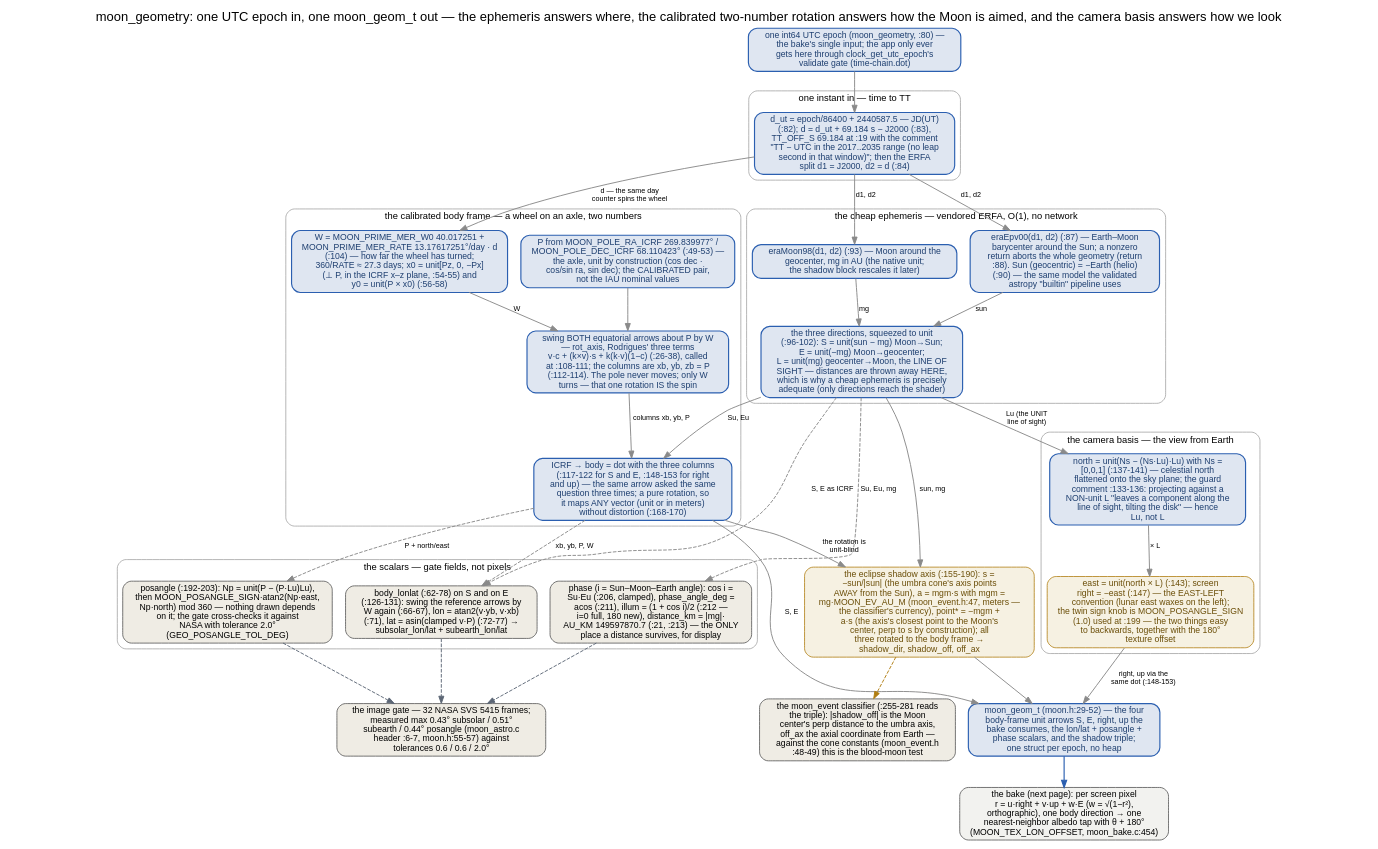
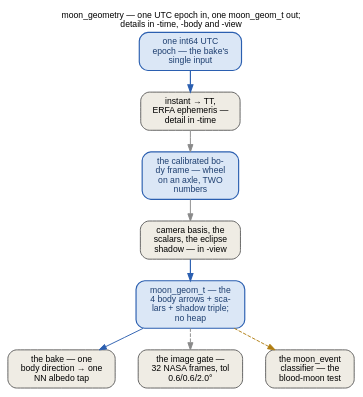
The diagram in docs/_graphs/geometry-chain.dot (ukos-git/moon-clock-esp), drawn with Graphviz before and after one commit. The commit also changed 36 other files, not shown here.

First line of the commit message:
docs: sibling B13 completion snapshot — the packed small set rebuilt, closing the graph atlas

```diff
--- a/docs/_graphs/geometry-chain.dot
+++ b/docs/_graphs/geometry-chain.dot
@@ -1,142 +1,67 @@
-// The moon_geometry chain in one picture: one UTC epoch in, one
+// The moon_geometry chain — black-box view: one UTC epoch in, one
 // moon_geom_t out. Every node and edge verified in
 // components/moon/core/moon_astro.c (:19 TT_OFF_S 69.184, :21 AU_KM,
 // :26-38 rot_axis, :40-45 unit3, :48-59 body_ref_basis, :62-78
 // body_lonlat, :80 moon_geometry, :82 JD(UT), :83 TT, :87 eraEpv00,
 // :90 sun = -eh, :93 eraMoon98, :96-102 S/E/L + unit3, :104 W,
 // :108-111 the two rot_axis calls, :117-122 dot-with-the-columns,
 // :126-131 the four lon/lat fields, :133-153 the camera basis,
 // :155-190 the eclipse shadow block, :192-203 posangle, :206-213
 // phase/illum/distance), components/moon/include/moon.h (:29-53 the
 // struct incl. the shadow triple, :55-57 the NASA accuracy comment),
 // components/moon/generated/<board>/moon_consts.h (the calibrated
 // constants + MOON_POSANGLE_SIGN 1.0 + MOON_TEX_LON_OFFSET 180.0),
 // components/moon/core/moon_event.c (:255-281 the classifier reads the
 // shadow triple) and components/moon/include/moon_event.h (:47-49 the
 // cone constants). The gate's tolerance numbers (0.6/0.6/2.0 deg) are
-// assets/images/moon/moon/constants.py GEO_*_TOL_DEG. The pipeline
-// AROUND this chain — who calls moon_geometry and where the finished
-// frame goes — is docs/_graphs/moon-core-flow.dot
+// assets/images/moon/moon/constants.py GEO_*_TOL_DEG.
+// Four boxes in sequence: the time to TT (geometry-chain-time.dot
+// carries the JD/TT arithmetic + the vendored ERFA ephemeris + the
+// three unit directions), the calibrated body frame (the same file,
+// and geometry-chain-body.dot for the two-number rotation), the camera
+// basis + scalars + eclipse shadow (geometry-chain-view.dot), then the
+// struct out. The pipeline AROUND this chain — who calls moon_geometry
+// and where the finished frame goes — is docs/_graphs/moon-core-flow.dot
 // (implementation/core-c.rst); the shading that consumes the four
 // arrows is science/lighting.rst; the sampling resolution of the
 // textures these lookups hit is the resolution funnel in
 // verification/performance.rst.
+// FONTS: 12 pt = the page's 16 px body text at 1:1 — kept inside the
+// content column.
 // Rendered inline as SVG by sphinx.ext.graphviz (dot on PATH).
 digraph geometry_chain {
-    label="moon_geometry: one UTC epoch in, one moon_geom_t out — the ephemeris answers where, the calibrated two-number rotation answers how the Moon is aimed, and the camera basis answers how we look";
-    labelloc="t";
-    fontname="Helvetica"; fontsize=18;
-    node [fontname="Helvetica", fontsize=12, style="rounded,filled",
-          shape=box, width=1.8, height=0.5,
-          fillcolor="#f2f2ef", color="#525252", penwidth=1.1];
-    edge [fontname="Helvetica", fontsize=10, color="#8a8a8a", penwidth=1.3];
+    rankdir=TB;
+    label="moon_geometry — one UTC epoch in, one moon_geom_t out;\ndetails in -time, -body and -view";
+    labelloc="t"; labeljust="c";
+    fontname="Helvetica"; fontsize=12;
+    graph [nodesep=0.45, ranksep=0.42];
+    node [fontname="Helvetica", fontsize=12, shape=box, style="rounded,filled",
+          width=0, height=0, margin="0.16,0.10", fillcolor="#f2f2ef",
+          color="#525252", penwidth=1.2];
+    edge [fontname="Helvetica", fontsize=12, color="#8a8a8a", penwidth=1.3];
 
-    epoch [label="one int64 UTC epoch (moon_geometry, :80) —\nthe bake's single input; the app only ever\ngets here through clock_get_utc_epoch's\nvalidate gate (time-chain.dot)",
-           fillcolor="#dfe6f1", color="#2b5fb0", fontcolor="#1e3f70", penwidth=1.6];
+    epoch [label="one int64 UTC\nepoch — the bake's\nsingle input",
+           fillcolor="#dbe7f6", color="#2b5fb0", fontcolor="#1e3f70", penwidth=1.6];
+    time [label="instant → TT,\nERFA ephemeris —\ndetail in -time",
+          fillcolor="#efece4"];
+    body [label="the calibrated bo-\ndy frame — wheel\non an axle, TWO\nnumbers",
+          fillcolor="#dbe7f6", color="#2b5fb0", fontcolor="#1e3f70", penwidth=1.6];
+    view [label="camera basis, the\nscalars, the eclipse\nshadow — in -view",
+          fillcolor="#efece4"];
+    out [label="moon_geom_t — the\n4 body arrows + sca-\nlars + shadow triple;\nno heap",
+         fillcolor="#dbe7f6", color="#2b5fb0", fontcolor="#1e3f70", penwidth=1.6];
+    bake [label="the bake — one\nbody direction → one\nNN albedo tap",
+          fillcolor="#efece4"];
+    gate [label="the image gate —\n32 NASA frames, tol\n0.6/0.6/2.0°",
+          fillcolor="#efece4"];
+    classifier [label="the moon_event\nclassifier — the\nblood-moon test",
+                fillcolor="#efece4"];
 
-    subgraph cluster_time {
-        label="one instant in — time to TT";
-        fontname="Helvetica"; fontsize=13; color="#9a9a9a"; style="rounded";
-
-        jd [label="d_ut = epoch/86400 + 2440587.5 — JD(UT)\n(:82); d = d_ut + 69.184 s − J2000 (:83),\nTT_OFF_S 69.184 at :19 with the comment\n\"TT − UTC in the 2017..2035 range (no leap\nsecond in that window)\"; then the ERFA\nsplit d1 = J2000, d2 = d (:84)",
-              fillcolor="#dfe6f1", color="#2b5fb0", fontcolor="#1e3f70", penwidth=1.6];
-    }
-
-    subgraph cluster_eph {
-        label="the cheap ephemeris — vendored ERFA, O(1), no network";
-        fontname="Helvetica"; fontsize=13; color="#9a9a9a"; style="rounded";
-
-        epv00 [label="eraEpv00(d1, d2) (:87) — Earth–Moon\nbarycenter around the Sun; a nonzero\nreturn aborts the whole geometry (return\n:88). Sun (geocentric) = −Earth (helio)\n(:90) — the same model the validated\nastropy \"builtin\" pipeline uses",
-                  fillcolor="#dfe6f1", color="#2b5fb0", fontcolor="#1e3f70", penwidth=1.6];
-
-        moon98 [label="eraMoon98(d1, d2) (:93) — Moon around the\ngeocenter, mg in AU (the native unit;\nthe shadow block rescales it later)",
-                   fillcolor="#dfe6f1", color="#2b5fb0", fontcolor="#1e3f70", penwidth=1.6];
-
-        dirs [label="the three directions, squeezed to unit\n(:96-102): S = unit(sun − mg) Moon→Sun;\nE = unit(−mg) Moon→geocenter;\nL = unit(mg) geocenter→Moon, the LINE OF\nSIGHT — distances are thrown away HERE,\nwhich is why a cheap ephemeris is precisely\nadequate (only directions reach the shader)",
-                fillcolor="#dfe6f1", color="#2b5fb0", fontcolor="#1e3f70", penwidth=1.6];
-    }
-
-    subgraph cluster_body {
-        label="the calibrated body frame — a wheel on an axle, two numbers";
-        fontname="Helvetica"; fontsize=13; color="#9a9a9a"; style="rounded";
-
-        pole [label="P from MOON_POLE_RA_ICRF 269.839977° /\nMOON_POLE_DEC_ICRF 68.110423° (:49-53) —\nthe axle, unit by construction (cos dec ·\ncos/sin ra, sin dec); the CALIBRATED pair,\nnot the IAU nominal values",
-                fillcolor="#dfe6f1", color="#2b5fb0", fontcolor="#1e3f70", penwidth=1.6];
-
-        w0 [label="W = MOON_PRIME_MER_W0 40.017251 +\nMOON_PRIME_MER_RATE 13.17617251°/day · d\n(:104) — how far the wheel has turned;\n360/RATE ≈ 27.3 days; x0 = unit[Pz, 0, −Px]\n(⊥ P, in the ICRF x–z plane, :54-55) and\ny0 = unit(P × x0) (:56-58)",
-              fillcolor="#dfe6f1", color="#2b5fb0", fontcolor="#1e3f70", penwidth=1.6];
-
-        basis [label="swing BOTH equatorial arrows about P by W\n— rot_axis, Rodrigues' three terms\nv·c + (k×v)·s + k(k·v)(1−c) (:26-38), called\nat :108-111; the columns are xb, yb, zb = P\n(:112-114). The pole never moves; only W\nturns — that one rotation IS the spin",
-                 fillcolor="#dfe6f1", color="#2b5fb0", fontcolor="#1e3f70", penwidth=1.6];
-
-        tobody [label="ICRF → body = dot with the three columns\n(:117-122 for S and E, :148-153 for right\nand up) — the same arrow asked the same\nquestion three times; a pure rotation, so\nit maps ANY vector (unit or in meters)\nwithout distortion (:168-170)",
-                  fillcolor="#dfe6f1", color="#2b5fb0", fontcolor="#1e3f70", penwidth=1.6];
-    }
-
-    subgraph cluster_cam {
-        label="the camera basis — the view from Earth";
-        fontname="Helvetica"; fontsize=13; color="#9a9a9a"; style="rounded";
-
-        north [label="north = unit(Ns − (Ns·Lu)·Lu) with Ns =\n[0,0,1] (:137-141) — celestial north\nflattened onto the sky plane; the guard\ncomment :133-136: projecting against a\nNON-unit L \"leaves a component along the\nline of sight, tilting the disk\" — hence\nLu, not L",
-                 fillcolor="#dfe6f1", color="#2b5fb0", fontcolor="#1e3f70", penwidth=1.6];
-
-        east [label="east = unit(north × L) (:143); screen\nright = −east (:147) — the EAST-LEFT\nconvention (lunar east waxes on the left);\nthe twin sign knob is MOON_POSANGLE_SIGN\n(1.0) used at :199 — the two things easy\nto backwards, together with the 180°\ntexture offset",
-                fillcolor="#f6f1e2", color="#b07d10", fontcolor="#6b4e08"];
-    }
-
-    subgraph cluster_scalars {
-        label="the scalars — gate fields, not pixels";
-        fontname="Helvetica"; fontsize=13; color="#9a9a9a"; style="rounded";
-
-        lonlat [label="body_lonlat (:62-78) on S and on E\n(:126-131): swing the reference arrows by\nW again (:66-67), lon = atan2(v·yb, v·xb)\n(:71), lat = asin(clamped v·P) (:72-77) →\nsubsolar_lon/lat + subearth_lon/lat",
-                  fillcolor="#efece4"];
-
-        pa [label="posangle (:192-203): Np = unit(P − (P·Lu)Lu),\nthen MOON_POSANGLE_SIGN·atan2(Np·east,\nNp·north) mod 360 — nothing drawn depends\non it; the gate cross-checks it against\nNASA with tolerance 2.0°\n(GEO_POSANGLE_TOL_DEG)",
-             fillcolor="#efece4"];
-
-        phase [label="phase (i = Sun–Moon–Earth angle): cos i =\nSu·Eu (:206, clamped), phase_angle_deg =\nacos (:211), illum = (1 + cos i)/2 (:212 —\ni=0 full, 180 new), distance_km = |mg|·\nAU_KM 149597870.7 (:21, :213) — the ONLY\nplace a distance survives, for display",
-                 fillcolor="#efece4"];
-    }
-
-    shadow [label="the eclipse shadow axis (:155-190): s =\n−sun/|sun| (the umbra cone's axis points\nAWAY from the Sun), a = mgm·s with mgm =\nmg·MOON_EV_AU_M (moon_event.h:47, meters —\nthe classifier's currency), point* = −mgm +\na·s (the axis's closest point to the Moon's\ncenter, perp to s by construction); all\nthree rotated to the body frame →\nshadow_dir, shadow_off, off_ax",
-              fillcolor="#f6f1e2", color="#b07d10", fontcolor="#6b4e08"];
-
-    out [label="moon_geom_t (moon.h:29-52) — the four\nbody-frame unit arrows S, E, right, up the\nbake consumes, the lon/lat + posangle +\nphase scalars, and the shadow triple;\none struct per epoch, no heap",
-          fillcolor="#dfe6f1", color="#2b5fb0", fontcolor="#1e3f70", penwidth=1.6];
-
-    gate [label="the image gate — 32 NASA SVS 5415 frames;\nmeasured max 0.43° subsolar / 0.51°\nsubearth / 0.44° posangle (moon_astro.c\nheader :6-7, moon.h:55-57) against\ntolerances 0.6 / 0.6 / 2.0°",
-           fillcolor="#efece4"];
-
-    classifier [label="the moon_event classifier (:255-281 reads\nthe triple): |shadow_off| is the Moon\ncenter's perp distance to the umbra axis,\noff_ax the axial coordinate from Earth —\nagainst the cone constants (moon_event.h\n:48-49) this is the blood-moon test",
-                 fillcolor="#efece4"];
-
-    bake [label="the bake (next page): per screen pixel\nr = u·right + v·up + w·E (w = √(1−r²),\northographic), one body direction → one\nnearest-neighbor albedo tap with θ + 180°\n(MOON_TEX_LON_OFFSET, moon_bake.c:454)",
-           fillcolor="#f2f2ef"];
-
-    epoch -> jd;
-    jd -> epv00 [label="d1, d2"];
-    jd -> moon98 [label="d1, d2"];
-    jd -> w0 [label="d — the same day\ncounter spins the wheel"];
-    epv00 -> dirs [label="sun"];
-    moon98 -> dirs [label="mg"];
-    pole -> basis;
-    w0 -> basis [label="W"];
-    basis -> tobody [label="columns xb, yb, P"];
-    dirs -> tobody [label="Su, Eu"];
-    dirs -> north [label="Lu (the UNIT\nline of sight)"];
-    north -> east [label="× L"];
-    tobody -> out [label="S, E"];
-    east -> out [label="right, up via the\nsame dot (:148-153)"];
-    tobody -> lonlat [style=dashed, label="xb, yb, P, W"];
-    dirs -> lonlat [style=dashed, label="S, E as ICRF"];
-    tobody -> pa [style=dashed, label="P + north/east"];
-    dirs -> phase [style=dashed, label="Su, Eu, mg"];
-    dirs -> shadow [label="sun, mg"];
-    tobody -> shadow [label="the rotation is\nunit-blind"];
-    shadow -> out;
-    out -> bake [color="#2b5fb0", penwidth=1.6];
-    lonlat -> gate [style=dashed, color="#5c6675"];
-    pa -> gate [style=dashed, color="#5c6675"];
-    phase -> gate [style=dashed, color="#5c6675"];
-    shadow -> classifier [style=dashed, color="#b07d10", fontcolor="#6b4e08"];
+    epoch -> time [color="#2b5fb0", penwidth=1.6];
+    time -> body;
+    body -> view;
+    view -> out [color="#2b5fb0", penwidth=1.6];
+    out -> bake [color="#2b5fb0"];
+    out -> gate [style=dashed];
+    out -> classifier [style=dashed, color="#b07d10"];
 }
```
